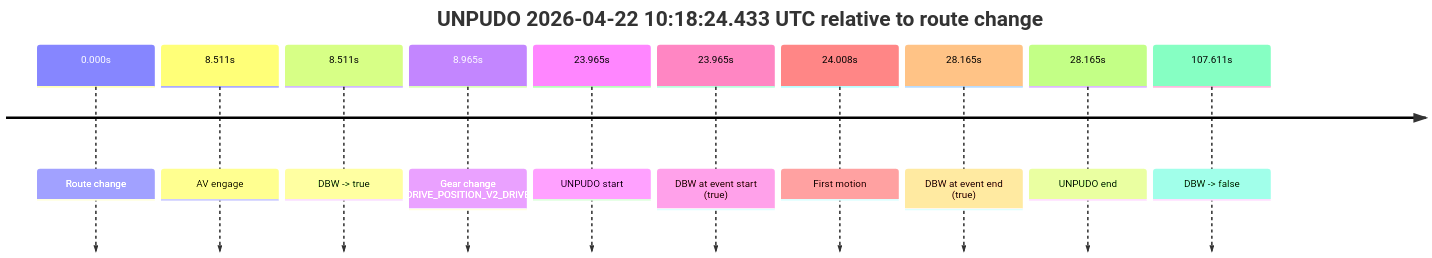
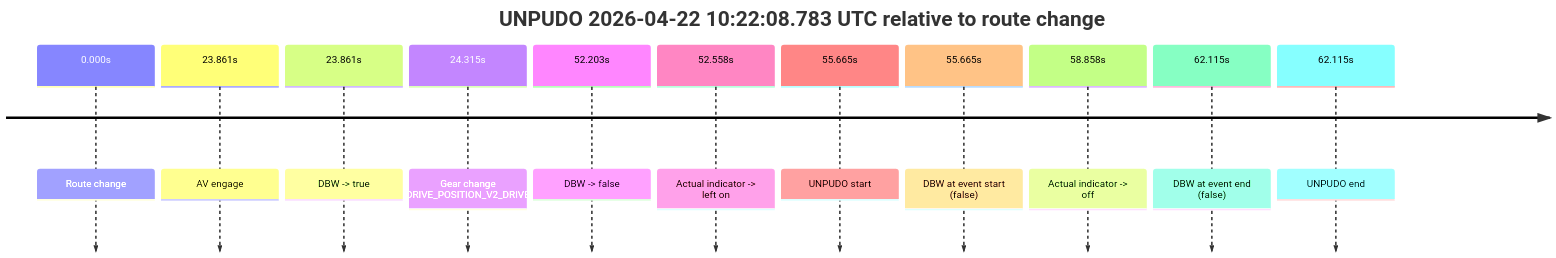
The fourth of 6 diagrams in model_analysis/report_cards/2026/04/Week-4/fme20032--2026-04-22--09-40-31--gen2-av-fcd841b5-277a-4b0a-82da-607e34daf223.md (yoelshapiro/vault), drawn with Mermaid before and after one commit. The commit also changed other lines of this file and 17 other files, not shown here.

````diff
--- a/model_analysis/report_cards/2026/04/Week-4/fme20032--2026-04-22--09-40-31--gen2-av-fcd841b5-277a-4b0a-82da-607e34daf223.md
+++ b/model_analysis/report_cards/2026/04/Week-4/fme20032--2026-04-22--09-40-31--gen2-av-fcd841b5-277a-4b0a-82da-607e34daf223.md
@@ -403,14 +313,15 @@
 ```mermaid
 timeline
-    title UNPUDO 2026-04-22 10:18:24.433 UTC relative to route change
+    title UNPUDO 2026-04-22 10:22:08.783 UTC relative to route change
     0.000s : Route change
-    8.511s : AV engage
-    8.511s : DBW -> true
-    8.965s : Gear change (DRIVE_POSITION_V2_DRIVE)
-    23.965s : UNPUDO start
-    23.965s : DBW at event start (true)
-    24.008s : First motion
-    28.165s : DBW at event end (true)
-    28.165s : UNPUDO end
-    107.611s : DBW -> false
+    23.861s : AV engage
+    23.861s : DBW -> true
+    24.315s : Gear change (DRIVE_POSITION_V2_DRIVE)
+    52.203s : DBW -> false
+    52.558s : Actual indicator -> left on
+    55.665s : UNPUDO start
+    55.665s : DBW at event start (false)
+    58.858s : Actual indicator -> off
+    62.115s : DBW at event end (false)
+    62.115s : UNPUDO end
 ```
````
